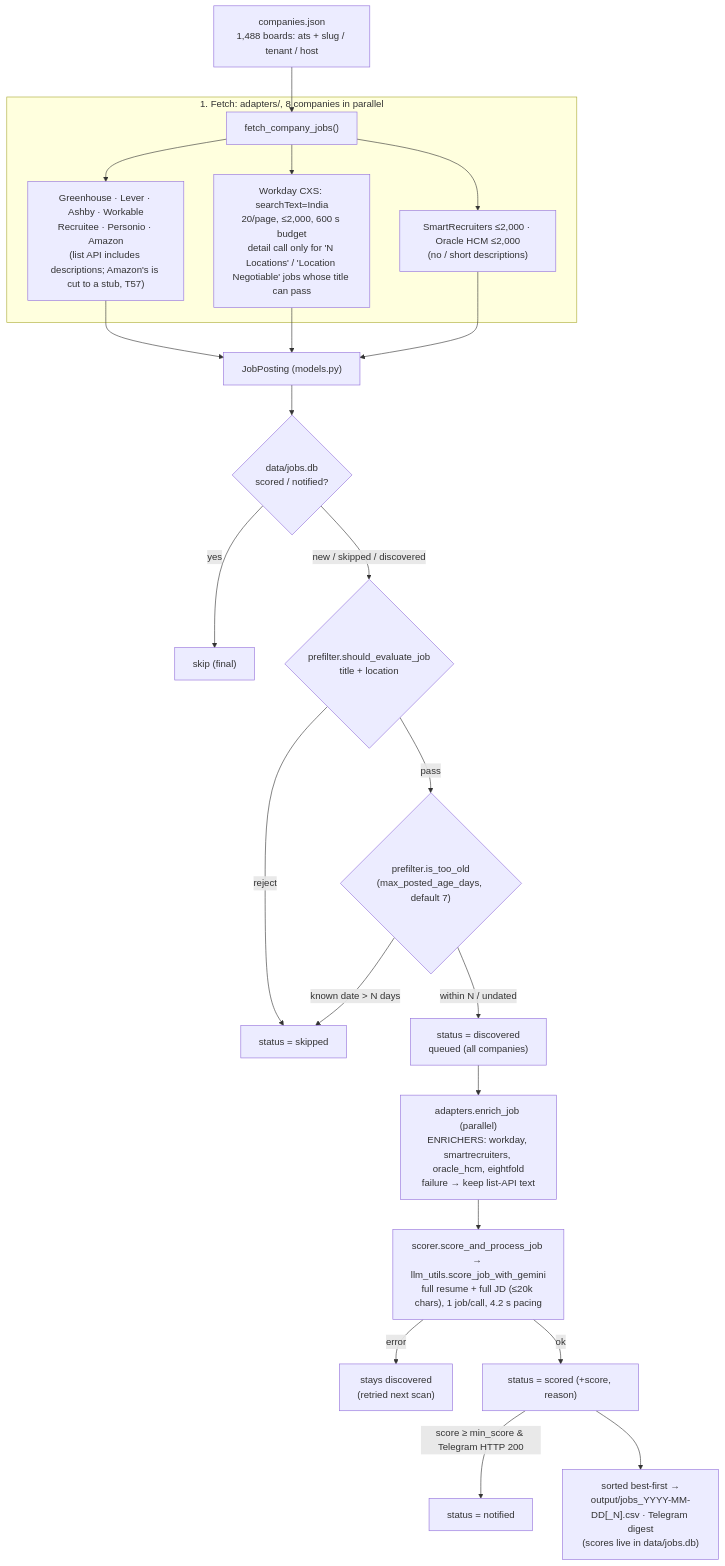
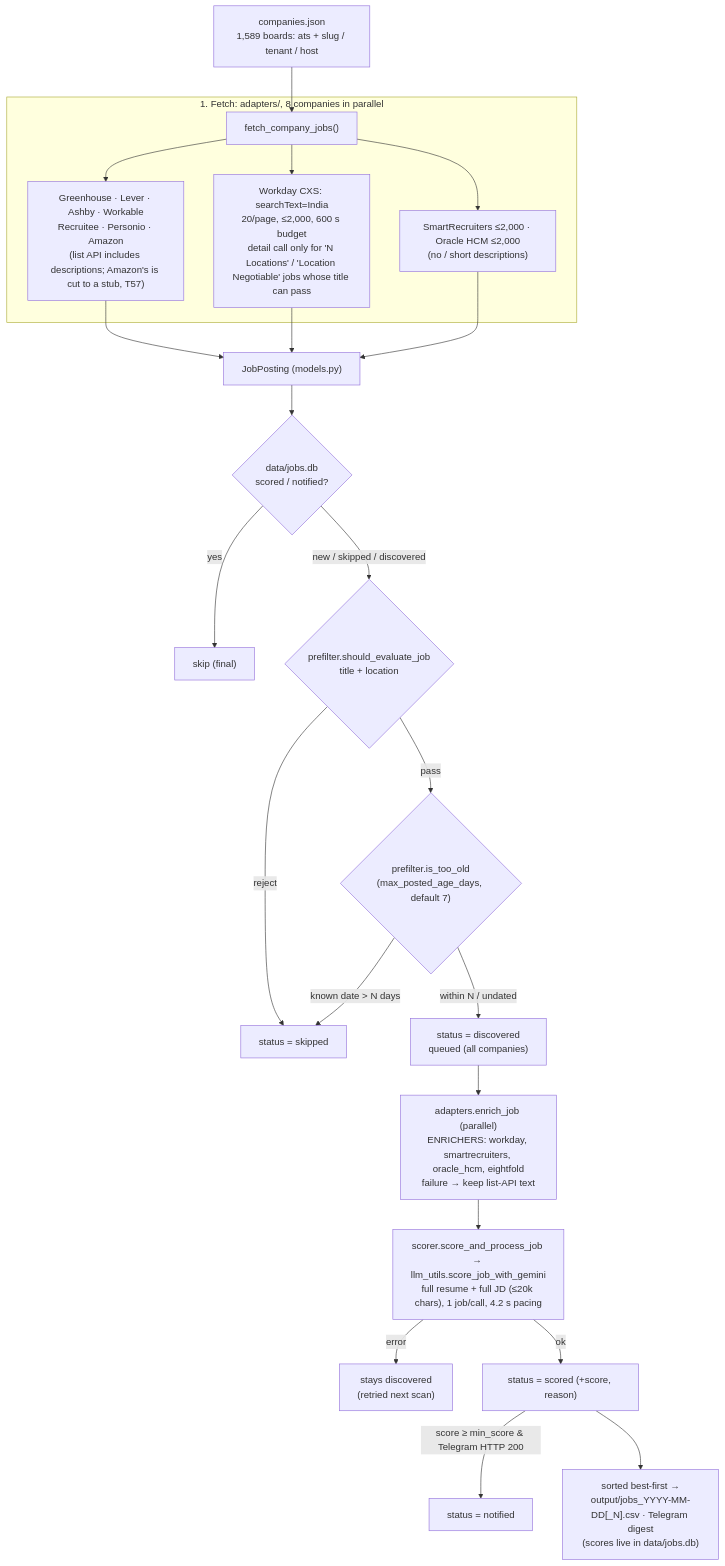
Before and after one commit to Manish814142/rolesight: the diagram in ARCHITECTURE.md, drawn with Mermaid. The commit also changed 4 other files, not shown here.

First line of the commit message:
T112: companies.json 1,488 -> 1,589 boards: +104 Oracle HCM employers, -3 earlier additions that no longer qualify

````diff
--- a/ARCHITECTURE.md
+++ b/ARCHITECTURE.md
@@ -19,25 +19,25 @@
 ```mermaid
 flowchart TD
-    COMP["companies.json<br/>1,488 boards: ats + slug / tenant / host"] --> FETCH
+    COMP["companies.json<br/>1,589 boards: ats + slug / tenant / host"] --> FETCH
     subgraph Fetch ["1. Fetch: adapters/, 8 companies in parallel"]
         FETCH["fetch_company_jobs()"] --> LISTAPI["Greenhouse · Lever · Ashby · Workable<br/>Recruitee · Personio · Amazon<br/>(list API includes descriptions; Amazon's is cut to a stub, T57)"]
         FETCH --> WD["Workday CXS: searchText=India<br/>20/page, ≤2,000, 600 s budget<br/>detail call only for 'N Locations' / 'Location Negotiable' jobs whose title can pass"]
         FETCH --> SROH["SmartRecruiters ≤2,000 · Oracle HCM ≤2,000<br/>(no / short descriptions)"]
     end
     LISTAPI --> JP["JobPosting (models.py)"]
     WD --> JP
     SROH --> JP
     JP --> DEDUP{"data/jobs.db<br/>scored / notified?"}
     DEDUP -- yes --> SKIPF["skip (final)"]
     DEDUP -- "new / skipped / discovered" --> PF{"prefilter.should_evaluate_job<br/>title + location"}
     PF -- reject --> SKIPPED["status = skipped"]
     PF -- pass --> AGE{"prefilter.is_too_old<br/>(max_posted_age_days, default 7)"}
     AGE -- "known date > N days" --> SKIPPED
     AGE -- "within N / undated" --> QUEUE["status = discovered<br/>queued (all companies)"]
     QUEUE --> ENRICH["adapters.enrich_job (parallel)<br/>ENRICHERS: workday, smartrecruiters, oracle_hcm, eightfold<br/>failure → keep list-API text"]
     ENRICH --> SCORE["scorer.score_and_process_job → llm_utils.score_job_with_gemini<br/>full resume + full JD (≤20k chars), 1 job/call, 4.2 s pacing"]
     SCORE -- error --> DISC["stays discovered<br/>(retried next scan)"]
     SCORE -- ok --> SCORED["status = scored (+score, reason)"]
     SCORED -- "score ≥ min_score & Telegram HTTP 200" --> NOTIFIED["status = notified"]
     SCORED --> OUT["sorted best-first →<br/>output/jobs_YYYY-MM-DD[_N].csv · Telegram digest<br/>(scores live in data/jobs.db)"]
 ```
````
